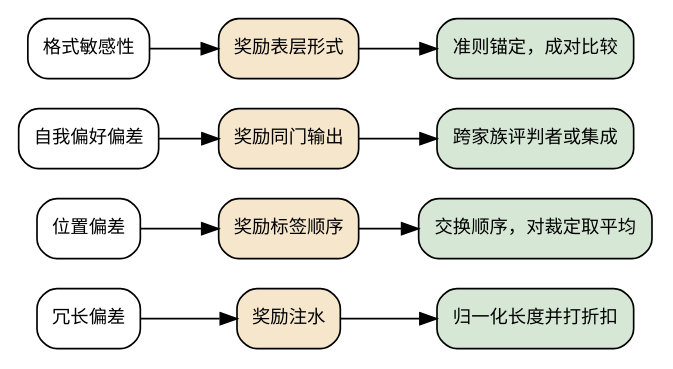
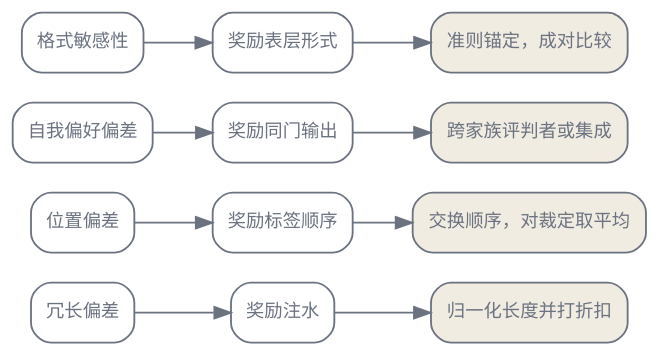
Before and after one commit to latere-ai/ai-as-an-infrastructure: the first of 3 diagrams in zh/p6-evaluation/28-judging-holistic.qmd, drawn with Graphviz. The commit also changed 186 other files, not shown here.

First line of the commit message:
book: visual audit pass on all diagrams and figures

````diff
--- a/zh/p6-evaluation/28-judging-holistic.qmd
+++ b/zh/p6-evaluation/28-judging-holistic.qmd
@@ -34,31 +34,33 @@
 ```{dot}
 //| label: fig-judging-holistic-biases
 //| fig-cap: "每一种评判者偏差都对应一个模型可学会利用的属性，以及封住它的缓解手段。格式偏差在本章没有专门的对策，准则锚定与成对比较是贯穿各处的通用防线。"
 digraph judge_bias {
+  bgcolor="transparent";
   rankdir=LR;
-  node [shape=box, style=rounded, fontsize=11];
+  node [shape=box, style=rounded, fontsize=11, fontname="Helvetica", color="#6b7280", fontcolor="#6b7280", penwidth=1.1];
+  edge [color="#6b7280", fontcolor="#6b7280"];
   { rank=same; b1; b2; b3; b4; }
   { rank=same; e1; e2; e3; e4; }
   { rank=same; m1; m2; m3; m4; }
 
   b1 [label="冗长偏差"];
   b2 [label="位置偏差"];
   b3 [label="自我偏好偏差"];
   b4 [label="格式敏感性"];
 
-  e1 [label="奖励注水", style="rounded,filled", fillcolor="#f5e6cc"];
-  e2 [label="奖励标签顺序", style="rounded,filled", fillcolor="#f5e6cc"];
-  e3 [label="奖励同门输出", style="rounded,filled", fillcolor="#f5e6cc"];
-  e4 [label="奖励表层形式", style="rounded,filled", fillcolor="#f5e6cc"];
+  e1 [label="奖励注水"];
+  e2 [label="奖励标签顺序"];
+  e3 [label="奖励同门输出"];
+  e4 [label="奖励表层形式"];
 
-  m1 [label="归一化长度并打折扣", style="rounded,filled", fillcolor="#d6e8d5"];
-  m2 [label="交换顺序，对裁定取平均", style="rounded,filled", fillcolor="#d6e8d5"];
-  m3 [label="跨家族评判者或集成", style="rounded,filled", fillcolor="#d6e8d5"];
-  m4 [label="准则锚定，成对比较", style="rounded,filled", fillcolor="#d6e8d5"];
+  m1 [label="归一化长度并打折扣", style="rounded,filled", fillcolor="#f1ece1"];
+  m2 [label="交换顺序，对裁定取平均", style="rounded,filled", fillcolor="#f1ece1"];
+  m3 [label="跨家族评判者或集成", style="rounded,filled", fillcolor="#f1ece1"];
+  m4 [label="准则锚定，成对比较", style="rounded,filled", fillcolor="#f1ece1"];
 
   b1 -> e1 -> m1;
   b2 -> e2 -> m2;
   b3 -> e3 -> m3;
   b4 -> e4 -> m4;
 }
 ```
````
